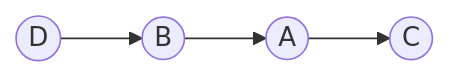
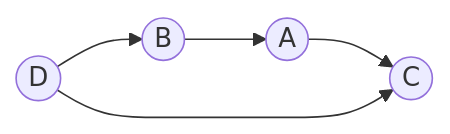
Before and after one commit to yoshibeside/Tarjans_Algorithm: the diagram in README.md, drawn with Mermaid. The commit also changed other lines of this file, not shown here.

````diff
--- a/README.md
+++ b/README.md
@@ -25,6 +26,7 @@
 ```mermaid
 graph LR
 A((A)) --> C((C))
 B((B)) --> A
 D((D)) --> B
+D --> C
 ```
````
